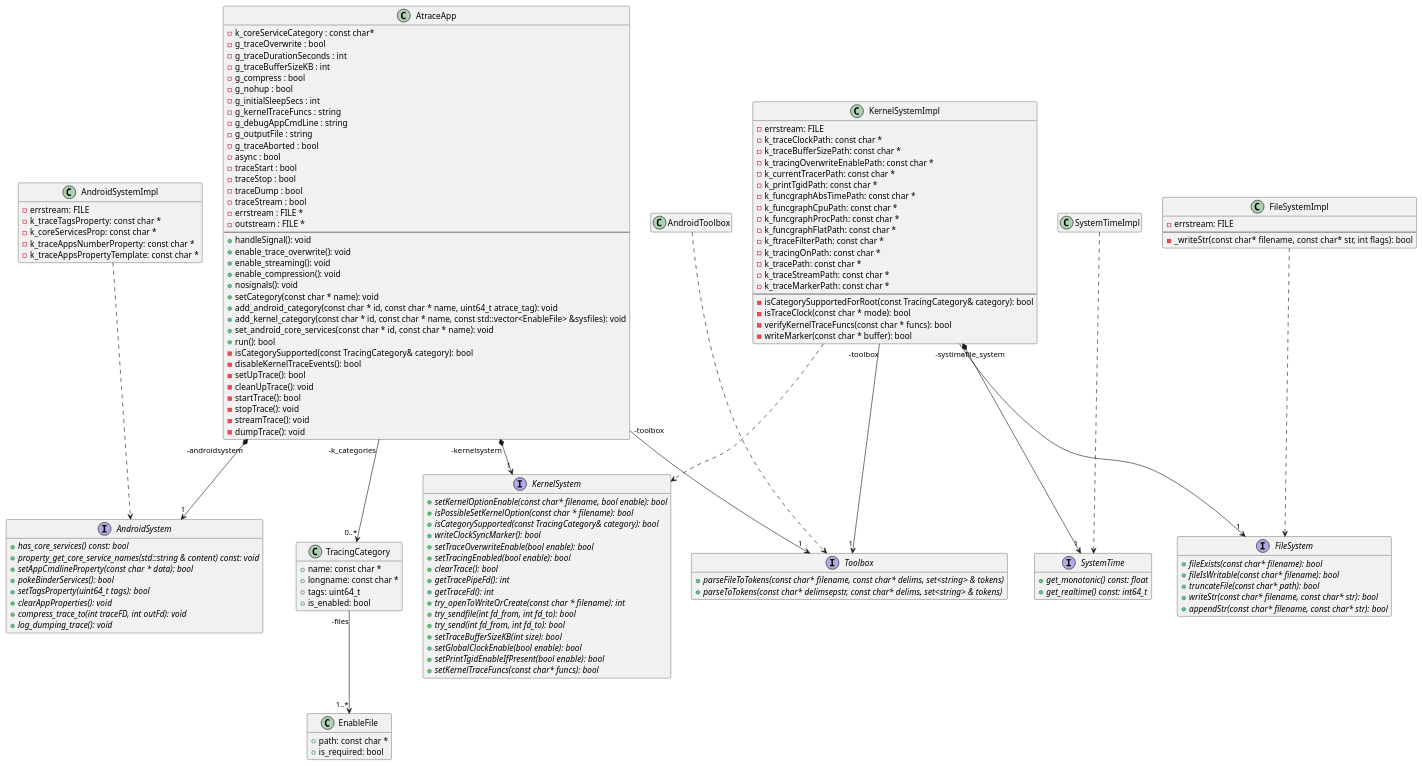
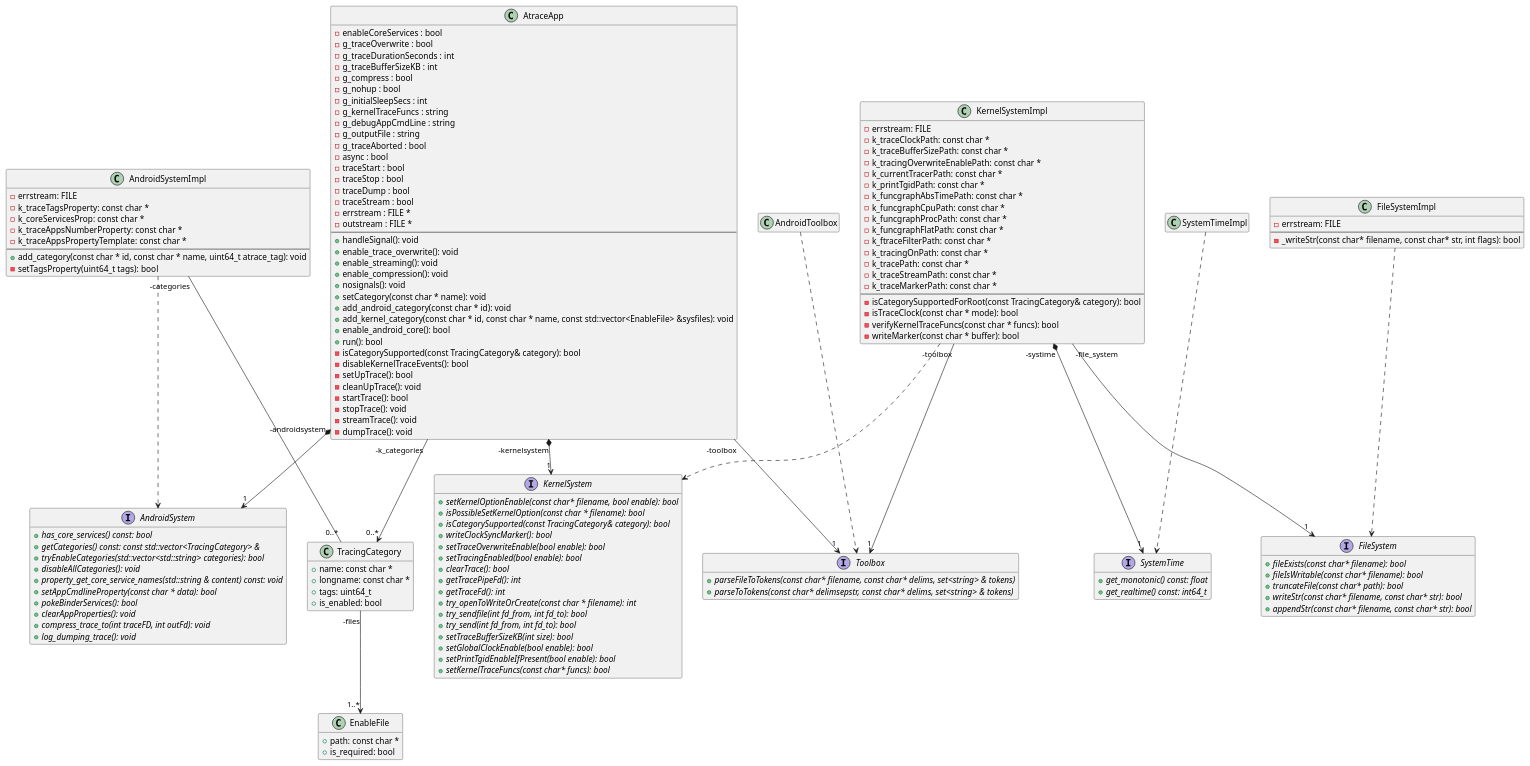
One commit to littlewhywhat/extrace changed the diagram in docs/design/class_atrace.puml. Above: the diagram before and after it, drawn with PlantUML. The commit also changed 6 other files, not shown here.

Commit message:
Extract android categories to AndroidSystem

```diff
--- a/docs/design/class_atrace.puml
+++ b/docs/design/class_atrace.puml
@@ -1,178 +1,183 @@
 @startuml
 
 class AtraceApp {
-  - k_coreServiceCategory : const char*
+  - enableCoreServices : bool
   - g_traceOverwrite : bool
   - g_traceDurationSeconds : int
   - g_traceBufferSizeKB : int
   - g_compress : bool
   - g_nohup : bool
   - g_initialSleepSecs : int
   - g_kernelTraceFuncs : string
   - g_debugAppCmdLine : string
   - g_outputFile : string
   - g_traceAborted : bool
   - async : bool
   - traceStart : bool
   - traceStop : bool
   - traceDump : bool
   - traceStream : bool
   - errstream : FILE *
   - outstream : FILE *
   --
   + handleSignal(): void
   + enable_trace_overwrite(): void
   + enable_streaming(): void
   + enable_compression(): void
   + nosignals(): void
   + setCategory(const char * name): void
-  + add_android_category(const char * id, const char * name, uint64_t atrace_tag): void
+  + add_android_category(const char * id): void
   + add_kernel_category(const char * id, const char * name, const std::vector<EnableFile> &sysfiles): void
-  + set_android_core_services(const char * id, const char * name): void
+  + enable_android_core(): bool
   + run(): bool
   - isCategorySupported(const TracingCategory& category): bool 
   - disableKernelTraceEvents(): bool 
   - setUpTrace(): bool 
   - cleanUpTrace(): void 
   - startTrace(): bool 
   - stopTrace(): void 
   - streamTrace(): void 
   - dumpTrace(): void 
 }
 
 AtraceApp "-androidsystem" *-->"1" AndroidSystem
 AtraceApp "-kernelsystem" *-->"1" KernelSystem
 AtraceApp "-k_categories " -->"0..*" TracingCategory
 AtraceApp "-toolbox " -->"1" Toolbox
 
 interface KernelSystem {
   + {abstract} setKernelOptionEnable(const char* filename, bool enable): bool
   + {abstract} isPossibleSetKernelOption(const char * filename): bool
   + {abstract} isCategorySupported(const TracingCategory& category): bool
   + {abstract} writeClockSyncMarker(): bool 
   + {abstract} setTraceOverwriteEnable(bool enable): bool
   + {abstract} setTracingEnabled(bool enable): bool
   + {abstract} clearTrace(): bool
   + {abstract} getTracePipeFd(): int
   + {abstract} getTraceFd(): int
   + {abstract} try_openToWriteOrCreate(const char * filename): int
   + {abstract} try_sendfile(int fd_from, int fd_to): bool
   + {abstract} try_send(int fd_from, int fd_to): bool
   + {abstract} setTraceBufferSizeKB(int size): bool
   + {abstract} setGlobalClockEnable(bool enable): bool
   + {abstract} setPrintTgidEnableIfPresent(bool enable): bool
   + {abstract} setKernelTraceFuncs(const char* funcs): bool
 }
 hide KernelSystem fields
 
 interface AndroidSystem {
   + {abstract} has_core_services() const: bool
+  + {abstract} getCategories() const: const std::vector<TracingCategory> &
+  + {abstract} tryEnableCategories(std::vector<std::string> categories): bool
+  + {abstract} disableAllCategories(): void
   + {abstract} property_get_core_service_names(std::string & content) const: void
   + {abstract} setAppCmdlineProperty(const char * data): bool
   + {abstract} pokeBinderServices(): bool
-  + {abstract} setTagsProperty(uint64_t tags): bool
   + {abstract} clearAppProperties(): void
   + {abstract} compress_trace_to(int traceFD, int outFd): void
   + {abstract} log_dumping_trace(): void
 }
 hide AndroidSystem fields
 
 interface SystemTime {
   + {abstract} get_monotonic() const: float
   + {abstract} get_realtime() const: int64_t
 }
 hide SystemTime fields
 
 class TracingCategory {
   + name: const char *
   + longname: const char *
   + tags: uint64_t
   + is_enabled: bool
 }
 hide TracingCategory methods
 
 TracingCategory "-files" --> "1..*" EnableFile
 
 class EnableFile {
   + path: const char *
   + is_required: bool
 }
 hide EnableFile methods
 
 class KernelSystemImpl {
   - errstream: FILE
   - k_traceClockPath: const char *
   - k_traceBufferSizePath: const char *
   - k_tracingOverwriteEnablePath: const char *
   - k_currentTracerPath: const char *
   - k_printTgidPath: const char *
   - k_funcgraphAbsTimePath: const char *
   - k_funcgraphCpuPath: const char *
   - k_funcgraphProcPath: const char *
   - k_funcgraphFlatPath: const char *
   - k_ftraceFilterPath: const char *
   - k_tracingOnPath: const char *
   - k_tracePath: const char *
   - k_traceStreamPath: const char *
   - k_traceMarkerPath: const char *
   --
   - isCategorySupportedForRoot(const TracingCategory& category): bool
   - isTraceClock(const char * mode): bool
   - verifyKernelTraceFuncs(const char * funcs): bool
   - writeMarker(const char * buffer): bool
 }
 
 KernelSystemImpl ..> KernelSystem
 KernelSystemImpl "-file_system" --> "1" FileSystem
 KernelSystemImpl "-toolbox" --> "1" Toolbox
 KernelSystemImpl "-systime" *-->"1" SystemTime
 
 interface FileSystem {
   + {abstract} fileExists(const char* filename): bool
   + {abstract} fileIsWritable(const char* filename): bool
   + {abstract} truncateFile(const char* path): bool
   + {abstract} writeStr(const char* filename, const char* str): bool
   + {abstract} appendStr(const char* filename, const char* str): bool
 }
 hide FileSystem fields
 
 class FileSystemImpl {
   - errstream: FILE
   --
   - _writeStr(const char* filename, const char* str, int flags): bool
 }
 
 FileSystemImpl ..> FileSystem
 
 class AndroidSystemImpl {
   - errstream: FILE
   - k_traceTagsProperty: const char *
   - k_coreServicesProp: const char *
   - k_traceAppsNumberProperty: const char *
   - k_traceAppsPropertyTemplate: const char *
+  --
+  + add_category(const char * id, const char * name, uint64_t atrace_tag): void
+  - setTagsProperty(uint64_t tags): bool
 }
-hide AndroidSystemImpl methods
 
 AndroidSystemImpl ..> AndroidSystem
+AndroidSystemImpl "-categories" -- "0..*" TracingCategory
 
 class SystemTimeImpl {
 }
 hide SystemTimeImpl methods
 hide SystemTimeImpl fields
 
 SystemTimeImpl ..> SystemTime
 
 interface Toolbox {
   + {abstract} parseFileToTokens(const char* filename, const char* delims, set<string> & tokens)
   + {abstract} parseToTokens(const char* delimsepstr, const char* delims, set<string> & tokens)
 }
 hide Toolbox fields
 
 class AndroidToolbox {
 }
 hide AndroidToolbox fields
 hide AndroidToolbox methods
 
 AndroidToolbox ..> Toolbox
 
 @enduml
```
